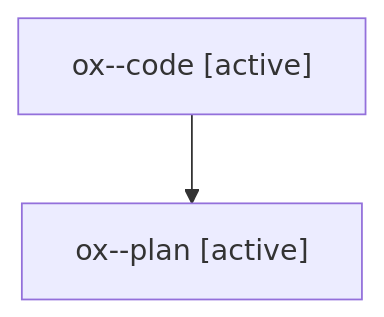
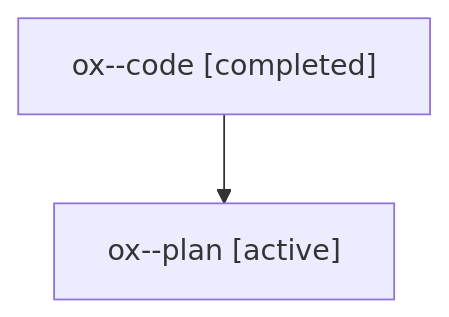
Before and after one commit to sase-org/sase--agents: the diagram in families/bbugyi200.athena.ox.md, drawn with Mermaid. The commit also changed other lines of this file and 5813 other files, not shown here.

````diff
--- a/families/bbugyi200.athena.ox.md
+++ b/families/bbugyi200.athena.ox.md
@@ -9,6 +9,6 @@
 ```mermaid
 flowchart TD
-  n0["ox--code [active]"]
+  n0["ox--code [completed]"]
   n1["ox--plan [active]"]
   n0 --> n1
 ```
````
